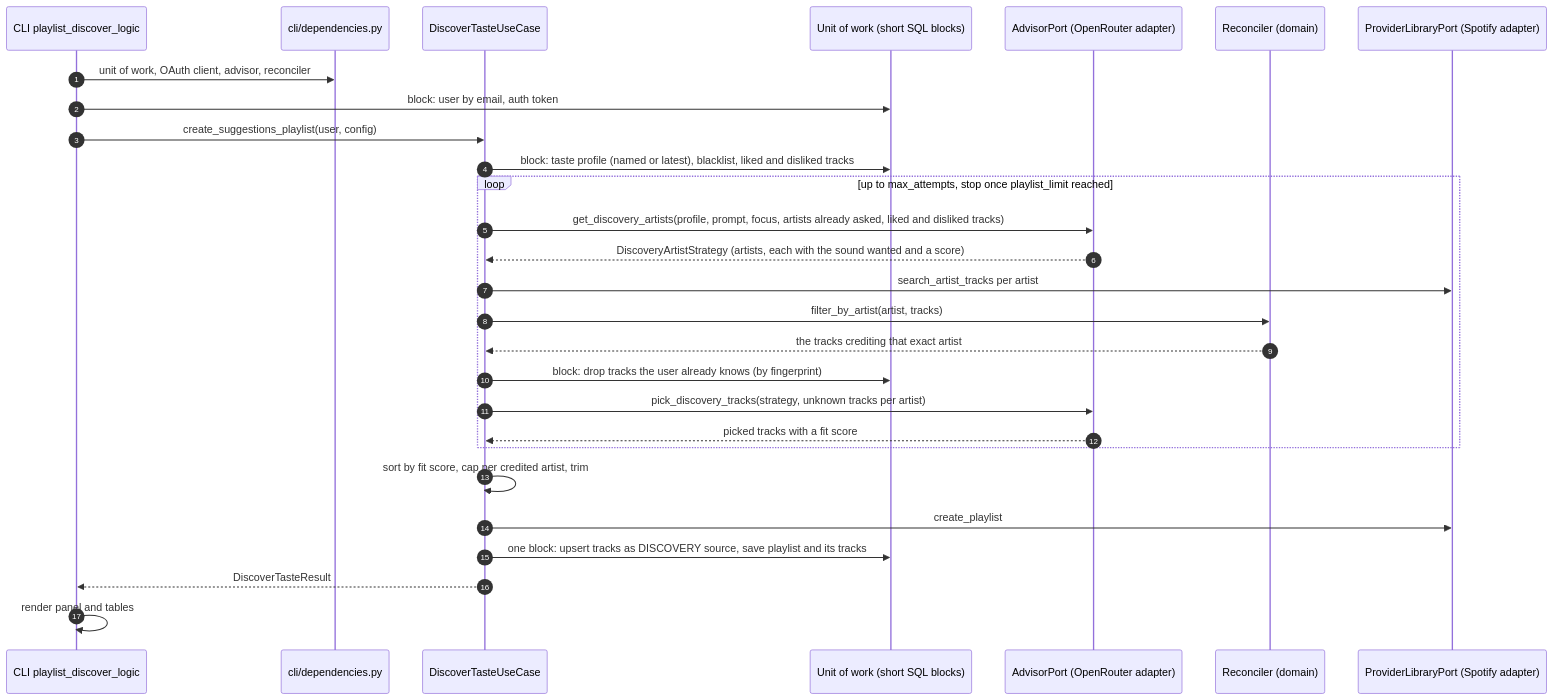
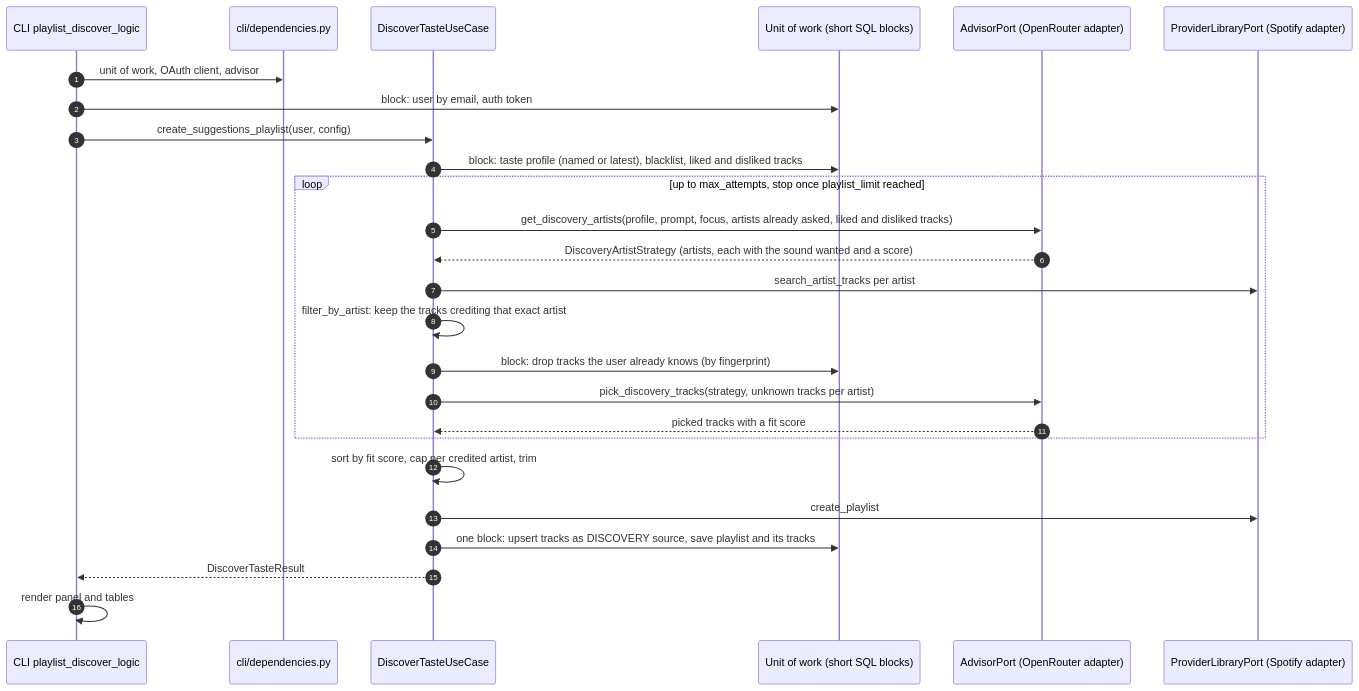
The second of 2 diagrams in docs/technical/architecture.md (ychab/museflow), drawn with Mermaid before and after one commit. The commit also changed other lines of this file and 15 other files, not shown here.

````diff
--- a/docs/technical/architecture.md
+++ b/docs/technical/architecture.md
@@ -72,31 +69,29 @@
 ```mermaid
 sequenceDiagram
     autonumber
     participant CLI as CLI playlist_discover_logic
     participant DI as cli/dependencies.py
     participant UC as DiscoverTasteUseCase
     participant UoW as Unit of work (short SQL blocks)
     participant Adv as AdvisorPort (OpenRouter adapter)
-    participant Rec as Reconciler (domain)
     participant Lib as ProviderLibraryPort (Spotify adapter)
 
-    CLI->>DI: unit of work, OAuth client, advisor, reconciler
+    CLI->>DI: unit of work, OAuth client, advisor
     CLI->>UoW: block: user by email, auth token
     CLI->>UC: create_suggestions_playlist(user, config)
     UC->>UoW: block: taste profile (named or latest), blacklist, liked and disliked tracks
     loop up to max_attempts, stop once playlist_limit reached
         UC->>Adv: get_discovery_artists(profile, prompt, focus, artists already asked, liked and disliked tracks)
         Adv-->>UC: DiscoveryArtistStrategy (artists, each with the sound wanted and a score)
         UC->>Lib: search_artist_tracks per artist
-        UC->>Rec: filter_by_artist(artist, tracks)
-        Rec-->>UC: the tracks crediting that exact artist
+        UC->>UC: filter_by_artist: keep the tracks crediting that exact artist
         UC->>UoW: block: drop tracks the user already knows (by fingerprint)
         UC->>Adv: pick_discovery_tracks(strategy, unknown tracks per artist)
         Adv-->>UC: picked tracks with a fit score
     end
     UC->>UC: sort by fit score, cap per credited artist, trim
     UC->>Lib: create_playlist
     UC->>UoW: one block: upsert tracks as DISCOVERY source, save playlist and its tracks
     UC-->>CLI: DiscoverTasteResult
     CLI->>CLI: render panel and tables
 ```
````
